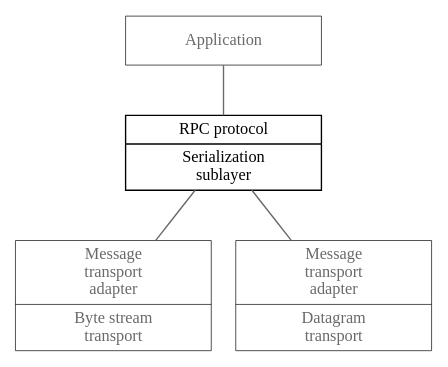
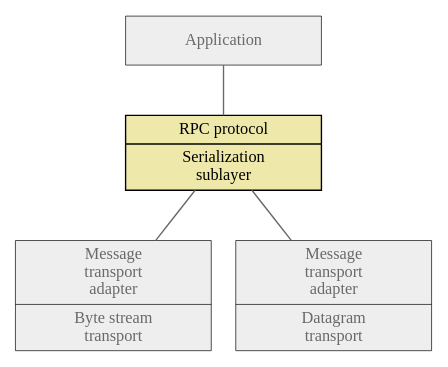
One commit to tamasseller/roll changed the first of 4 diagrams in INTERNALS.md. Above: the diagram before and after it, drawn with Graphviz. The commit also changed other lines of this file and 7 other files, not shown here.

````diff
--- a/INTERNALS.md
+++ b/INTERNALS.md
@@ -9,15 +9,15 @@
  ```dot
 graph G
 {
-    node [shape=record, penwidth=0.5, fontcolor="dimgray", fontname="mono", width=2, fontsize=12];
+    node [shape=record, penwidth=0.5, fontcolor="dimgray",style=filled,fillcolor="#eeeeee", fontname="mono", fontsize=12, width=2];
     edge [color="dimgray"];
     app[label="Application"]
-    rpc[shape=record, label="{RPC protocol|Serialization \nsublayer}", penwidth=1, fontcolor=""]
+    rpc[shape=record, label="{RPC protocol|Serialization \nsublayer}", penwidth=1, fontcolor="",fillcolor="palegoldenrod"]
     tcp[label="{Message\ntransport\nadapter|Byte stream \ntransport}"]
     udp[label="{Message\ntransport\nadapter|Datagram \ntransport}"]
 
     app--rpc []
     rpc--tcp
     rpc--udp
 }
  ```
````
